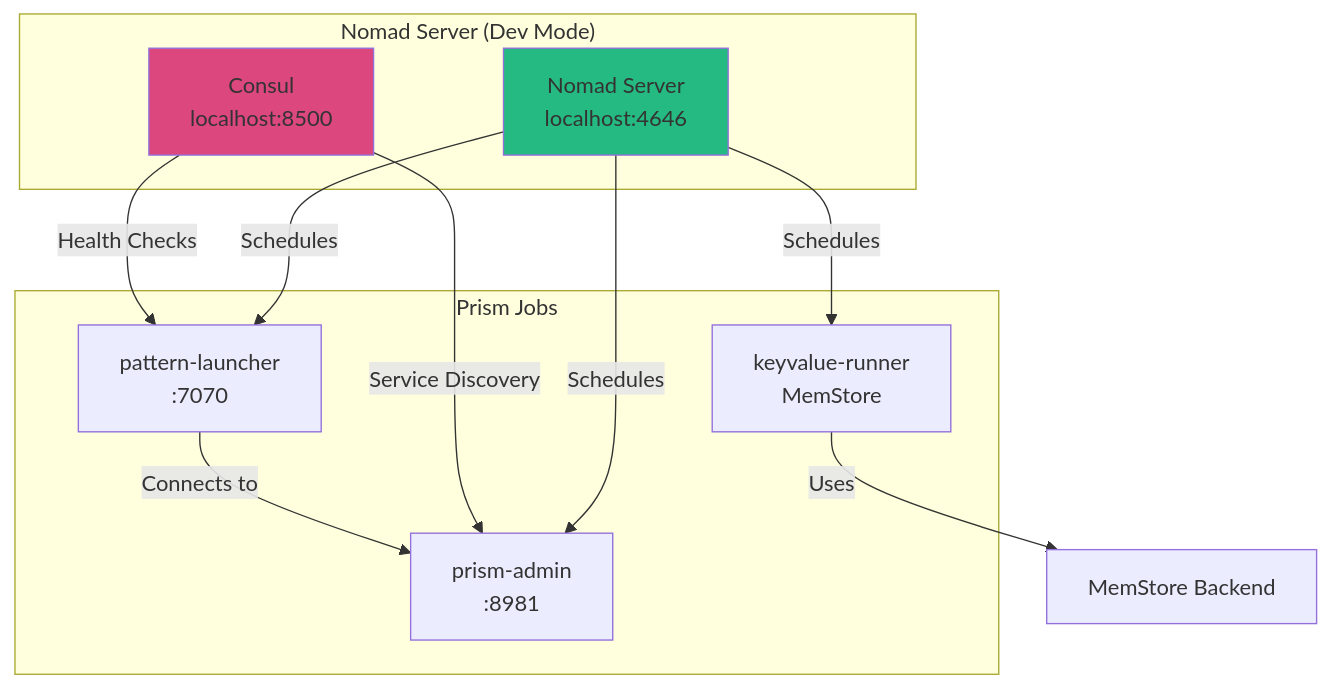
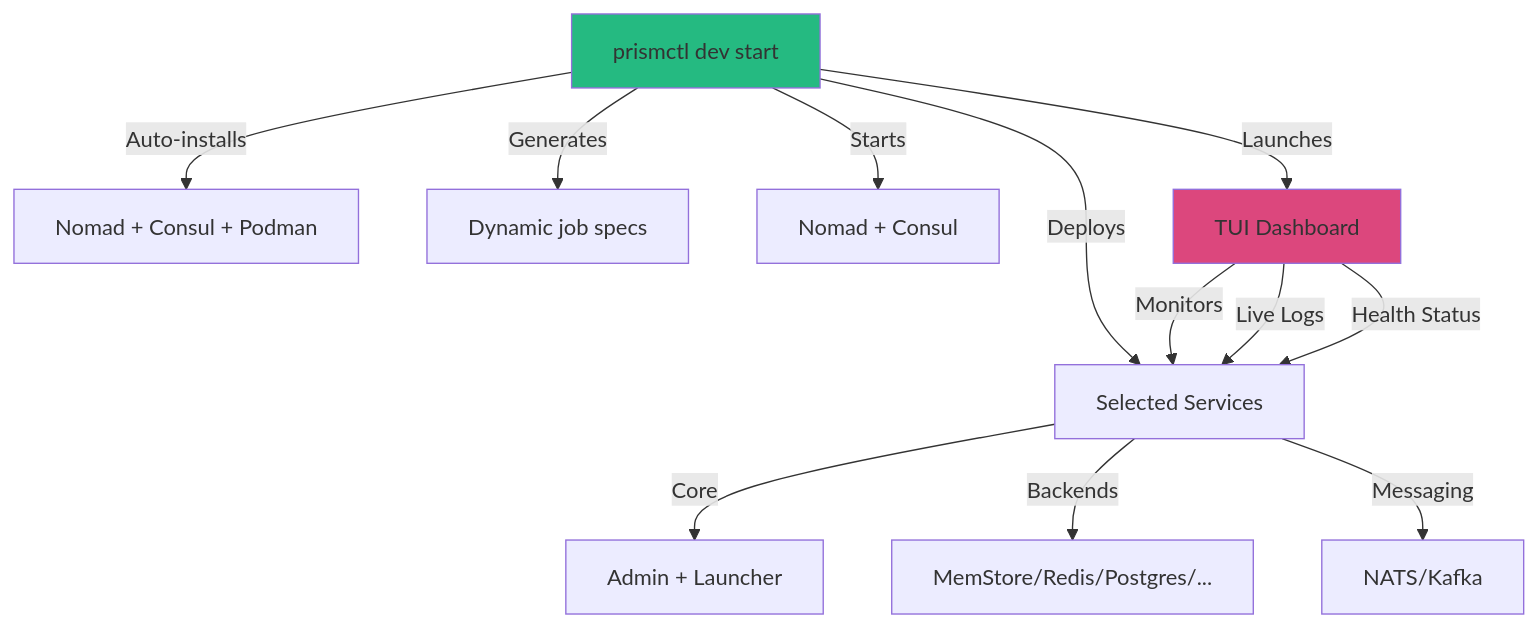
The diagram in docs-cms/memos/MEMO-035-nomad-local-development-setup.md (jrepp/prism-data-layer), drawn with Mermaid before and after one commit. The commit also changed other lines of this file and 1 other file, not shown here.

First line of the commit message:
Document: Rewrite MEMO-035 with interactive service selection and simplified developer workflow (#6)

````diff
--- a/docs-cms/memos/MEMO-035-nomad-local-development-setup.md
+++ b/docs-cms/memos/MEMO-035-nomad-local-development-setup.md
@@ -69,26 +87,21 @@
 ```mermaid
 graph TB
-    subgraph "Nomad Server (Dev Mode)"
-        Nomad[Nomad Server<br/>localhost:4646]
-        Consul[Consul<br/>localhost:8500]
-    end
+    Dev[prismctl dev start]
 
-    subgraph "Prism Jobs"
-        Admin[prism-admin<br/>:8981]
-        Launcher[pattern-launcher<br/>:7070]
-        KeyValue[keyvalue-runner<br/>MemStore]
-    end
+    Dev -->|Auto-installs| Deps[Nomad + Consul + Podman]
+    Dev -->|Generates| Config[Dynamic job specs]
+    Dev -->|Starts| Infra[Nomad + Consul]
+    Dev -->|Deploys| Services[Selected Services]
+    Dev -->|Launches| Dashboard[TUI Dashboard]
 
-    Nomad -->|Schedules| Admin
-    Nomad -->|Schedules| Launcher
-    Nomad -->|Schedules| KeyValue
+    Services -->|Core| Core[Admin + Launcher]
+    Services -->|Backends| Backends[MemStore/Redis/Postgres/...]
+    Services -->|Messaging| Msg[NATS/Kafka]
 
-    Consul -->|Service Discovery| Admin
-    Consul -->|Health Checks| Launcher
+    Dashboard -->|Monitors| Services
+    Dashboard -->|Live Logs| Services
+    Dashboard -->|Health Status| Services
 
-    Launcher -->|Connects to| Admin
-    KeyValue -->|Uses| MemStore[MemStore Backend]
-
-    style Nomad fill:#25ba81
-    style Consul fill:#dc477d
+    style Dev fill:#25ba81
+    style Dashboard fill:#dc477d
 ```
````
